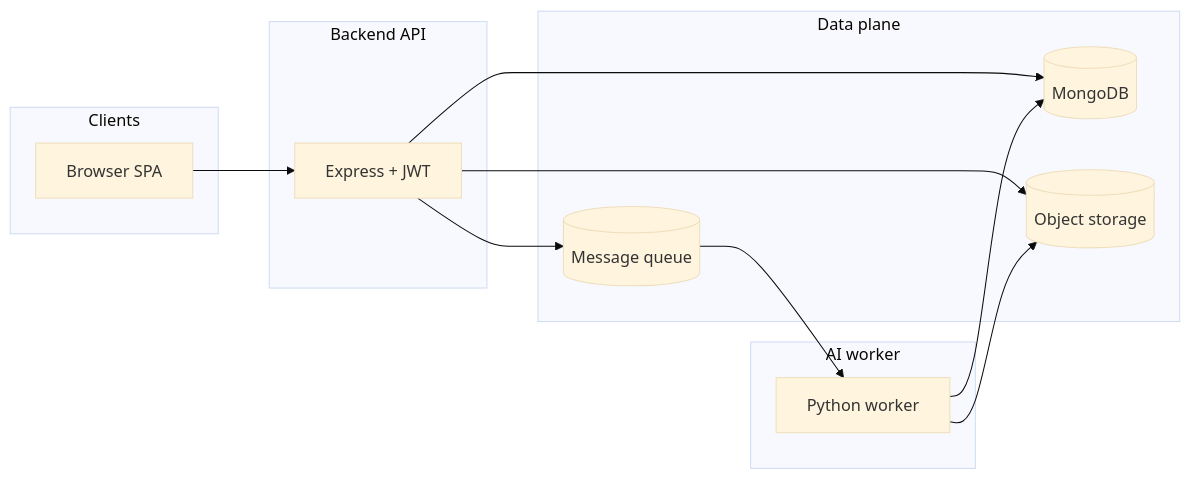
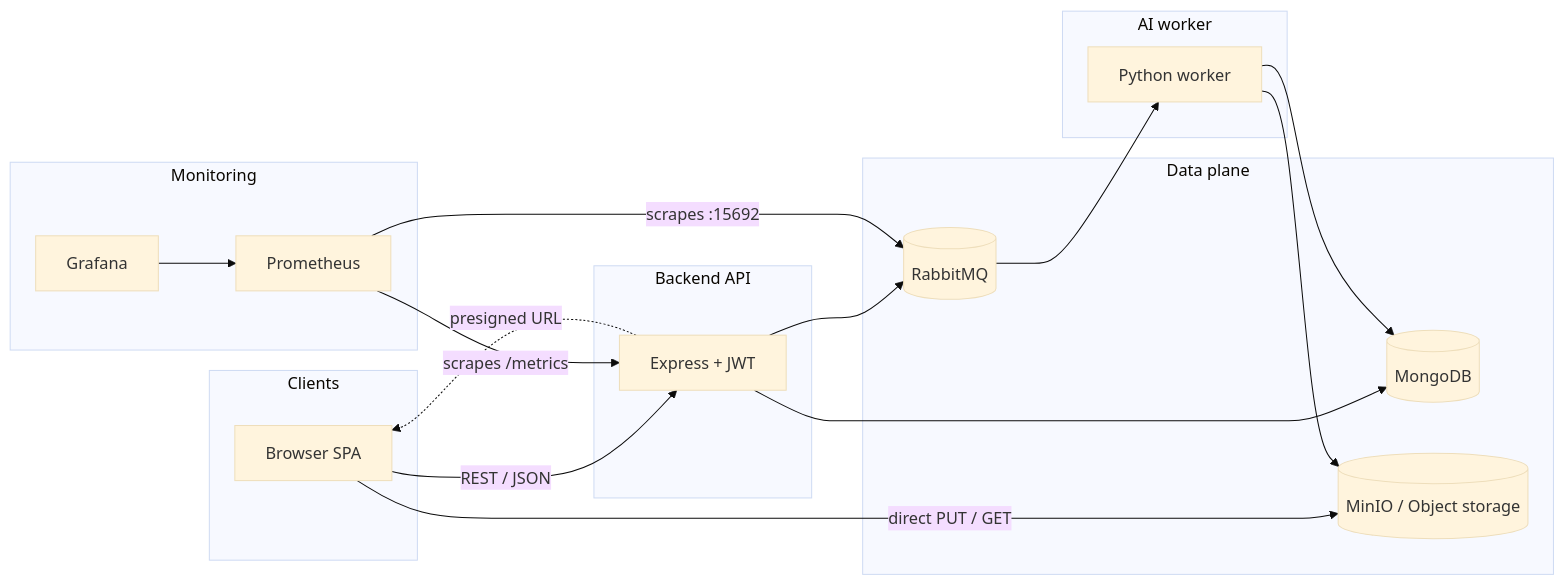
The diagram in README.md (Nisarg48/Media-To-Text_Scriptify), drawn with Mermaid (base theme) before and after one commit. The commit also changed other lines of this file and 15 other files, not shown here.

Commit message:
Updated README.md and add documentations and system architecture and workflow diagrams.

````diff
--- a/README.md
+++ b/README.md
@@ -32,24 +33,32 @@
 ```mermaid
 flowchart LR
   subgraph clients [Clients]
     Browser[Browser SPA]
   end
   subgraph api [Backend API]
     Express[Express + JWT]
   end
   subgraph data [Data plane]
     Mongo[(MongoDB)]
-    Queue[(Message queue)]
-    Blobs[(Object storage)]
+    Queue[(RabbitMQ)]
+    Blobs[(MinIO / Object storage)]
   end
   subgraph worker [AI worker]
     Py[Python worker]
   end
-  Browser --> Express
+  subgraph obs [Monitoring]
+    Prom[Prometheus]
+    Graf[Grafana]
+  end
+  Browser -- "REST / JSON" --> Express
+  Express -. "presigned URL" .-> Browser
+  Browser -- "direct PUT / GET" --> Blobs
   Express --> Mongo
   Express --> Queue
-  Express --> Blobs
   Queue --> Py
   Py --> Blobs
   Py --> Mongo
+  Prom -- "scrapes /metrics" --> Express
+  Prom -- "scrapes :15692" --> Queue
+  Graf --> Prom
 ```
````
